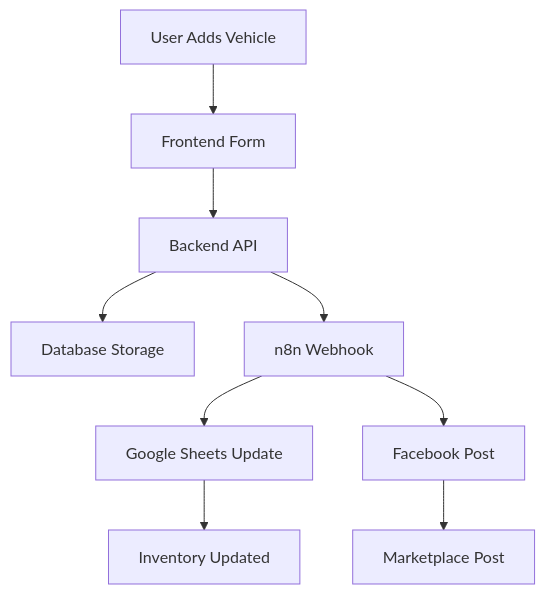
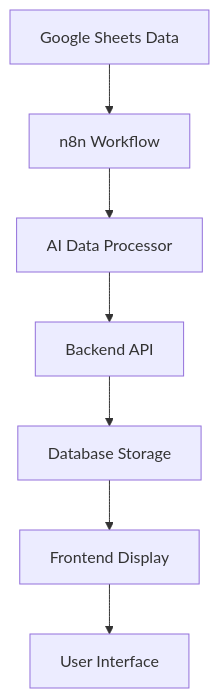
Before and after one commit to mg22mex/finalproject-mg: the first of 3 diagrams in COMPLETE_INTEGRATION_GUIDE.md, drawn with Mermaid. The commit also changed other lines of this file and 43 other files, not shown here.

````diff
--- a/COMPLETE_INTEGRATION_GUIDE.md
+++ b/COMPLETE_INTEGRATION_GUIDE.md
@@ -35,11 +35,9 @@
 ```mermaid
 graph TD
-    A[User Adds Vehicle] --> B[Frontend Form]
-    B --> C[Backend API]
-    C --> D[Database Storage]
-    C --> E[n8n Webhook]
-    E --> F[Google Sheets Update]
-    E --> G[Facebook Post]
-    F --> H[Inventory Updated]
-    G --> I[Marketplace Post]
+    A[Google Sheets Data] --> B[n8n Workflow]
+    B --> C[AI Data Processor]
+    C --> D[Backend API]
+    D --> E[Database Storage]
+    E --> F[Frontend Display]
+    F --> G[User Interface]
 ```
````
